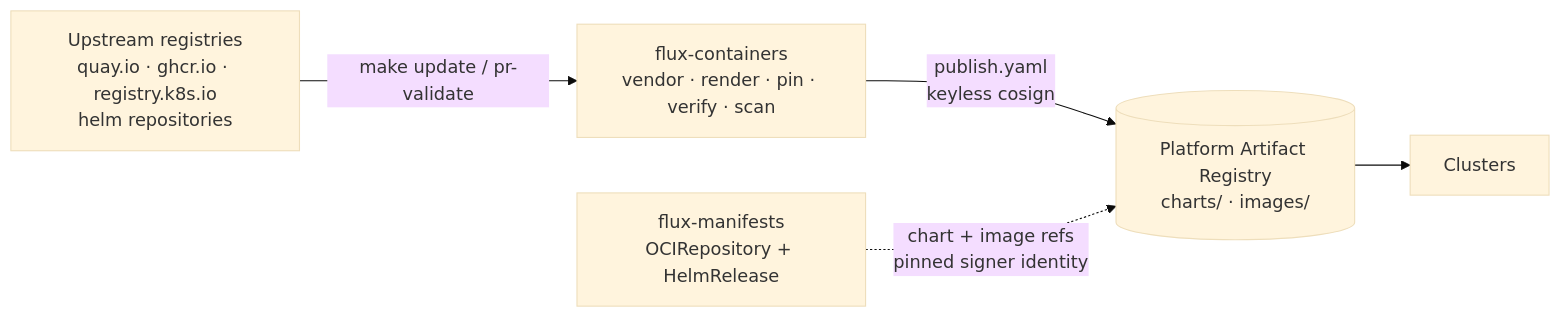
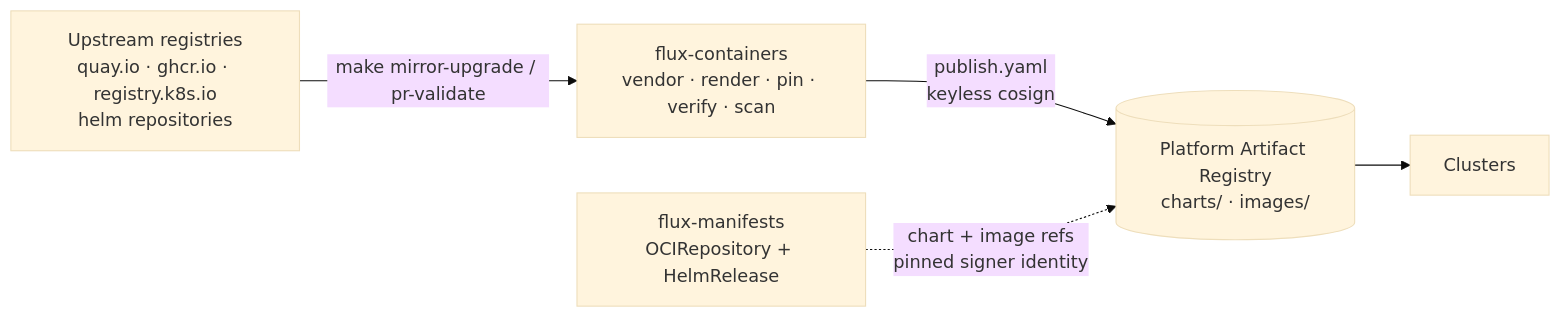
Before and after one commit to bitwise-media-group/flux-containers: the diagram in docs/getting-started/index.md, drawn with Mermaid (base theme). The commit also changed other lines of this file and 41 other files, not shown here.

````diff
--- a/docs/getting-started/index.md
+++ b/docs/getting-started/index.md
@@ -23,12 +23,12 @@
 ```mermaid
 flowchart LR
   up["Upstream registries<br/>quay.io · ghcr.io · registry.k8s.io<br/>helm repositories"]
   fc["flux-containers<br/>vendor · render · pin · verify · scan"]
   ar[("Platform Artifact Registry<br/>charts/ · images/")]
   fm["flux-manifests<br/>OCIRepository + HelmRelease"]
   k8s["Clusters"]
-  up -- "make update / pr-validate" --> fc
+  up -- "make mirror-upgrade / pr-validate" --> fc
   fc -- "publish.yaml<br/>keyless cosign" --> ar
   fm -. "chart + image refs<br/>pinned signer identity" .-> ar
   ar --> k8s
 ```
````
